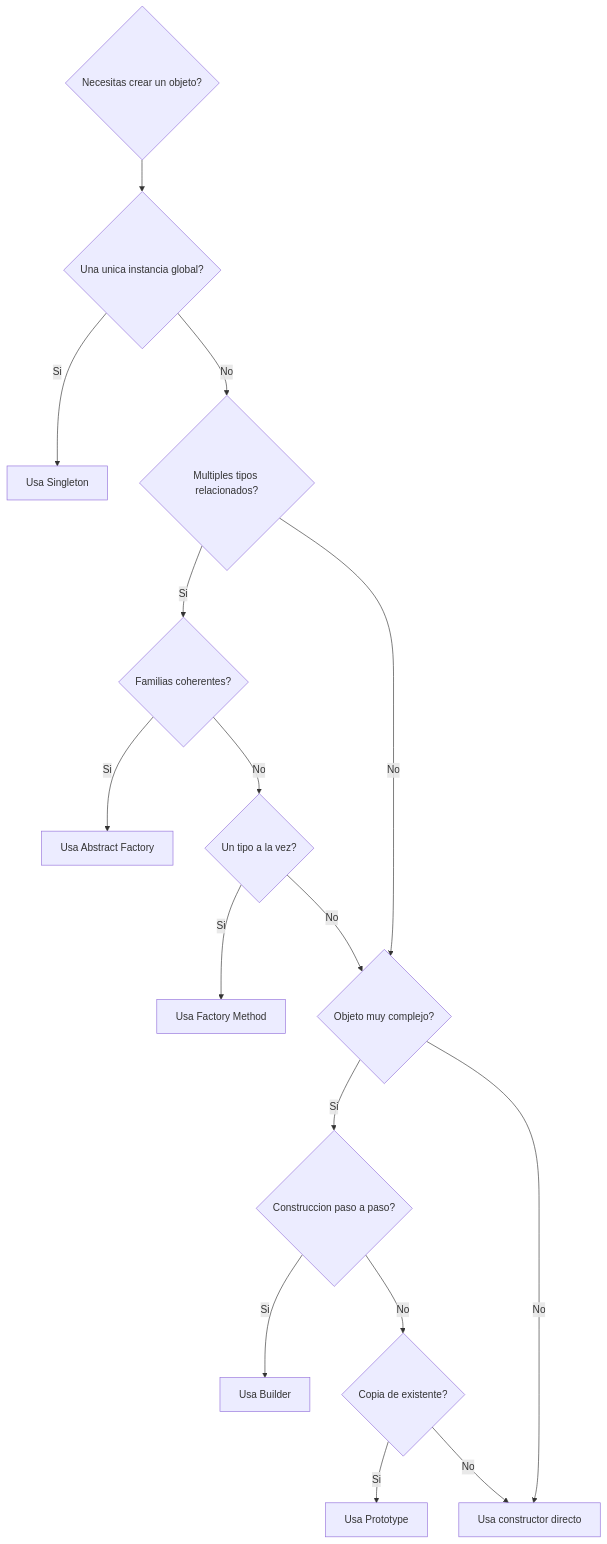
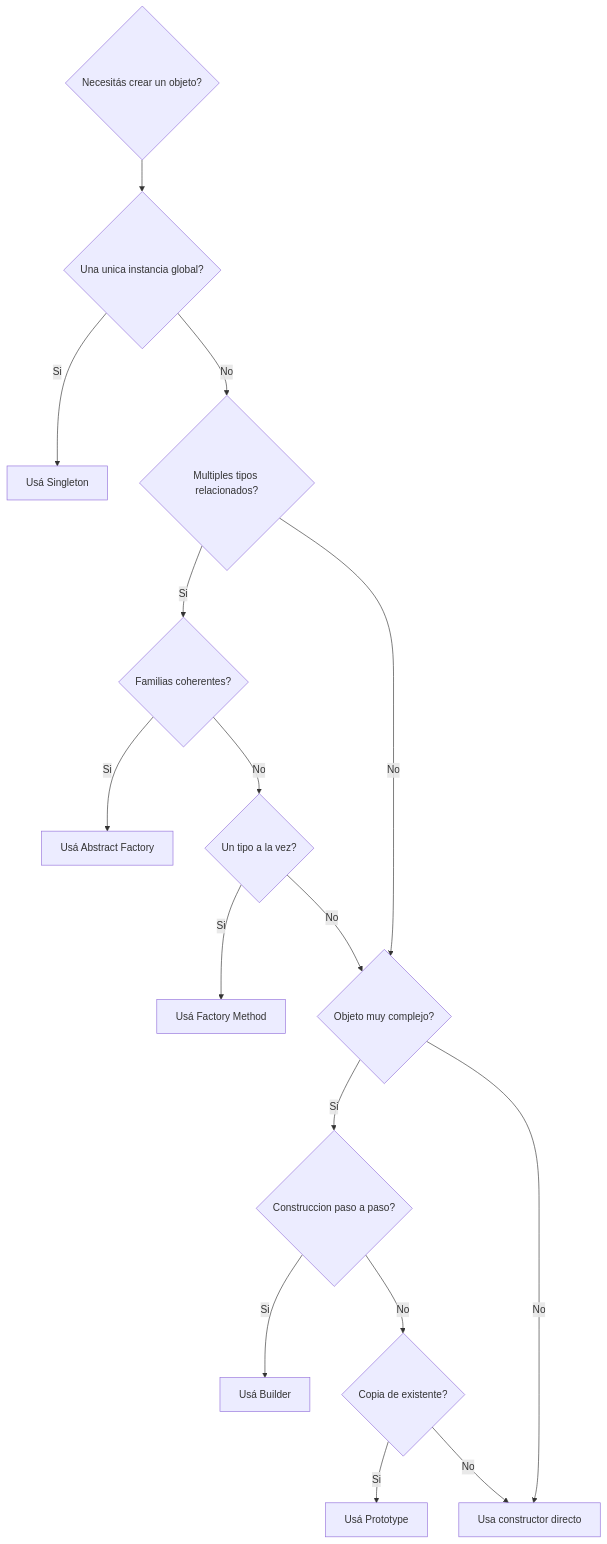
Before and after one commit to INGCOM-UNRN-PII/INGCOM-UNRN-PII.github.io: the diagram in parte_4/creacionales/indice.md, drawn with Mermaid. The commit also changed other lines of this file and 12 other files, not shown here.

`````diff
--- a/parte_4/creacionales/indice.md
+++ b/parte_4/creacionales/indice.md
@@ -87,32 +87,32 @@
 ````{mermaid}
 
 flowchart TD
-    inicio{"Necesitas crear un objeto?"}
+    inicio{"Necesitás crear un objeto?"}
     unica{"Una unica instancia global?"}
     relacionados{"Multiples tipos relacionados?"}
     familias{"Familias coherentes?"}
     unTipo{"Un tipo a la vez?"}
     complejo{"Objeto muy complejo?"}
     pasoAPaso{"Construccion paso a paso?"}
     copia{"Copia de existente?"}
 
     inicio --> unica
-    unica -->|Si| singleton["Usa Singleton"]
+    unica -->|Si| singleton["Usá Singleton"]
     unica -->|No| relacionados
 
     relacionados -->|Si| familias
-    familias -->|Si| abstractFactory["Usa Abstract Factory"]
+    familias -->|Si| abstractFactory["Usá Abstract Factory"]
     familias -->|No| unTipo
-    unTipo -->|Si| factory["Usa Factory Method"]
+    unTipo -->|Si| factory["Usá Factory Method"]
     unTipo -->|No| complejo
 
     relacionados -->|No| complejo
     complejo -->|Si| pasoAPaso
-    pasoAPaso -->|Si| builder["Usa Builder"]
+    pasoAPaso -->|Si| builder["Usá Builder"]
     pasoAPaso -->|No| copia
-    copia -->|Si| prototype["Usa Prototype"]
+    copia -->|Si| prototype["Usá Prototype"]
     copia -->|No| directo["Usa constructor directo"]
 
     complejo -->|No| directo
 
 ````
`````
